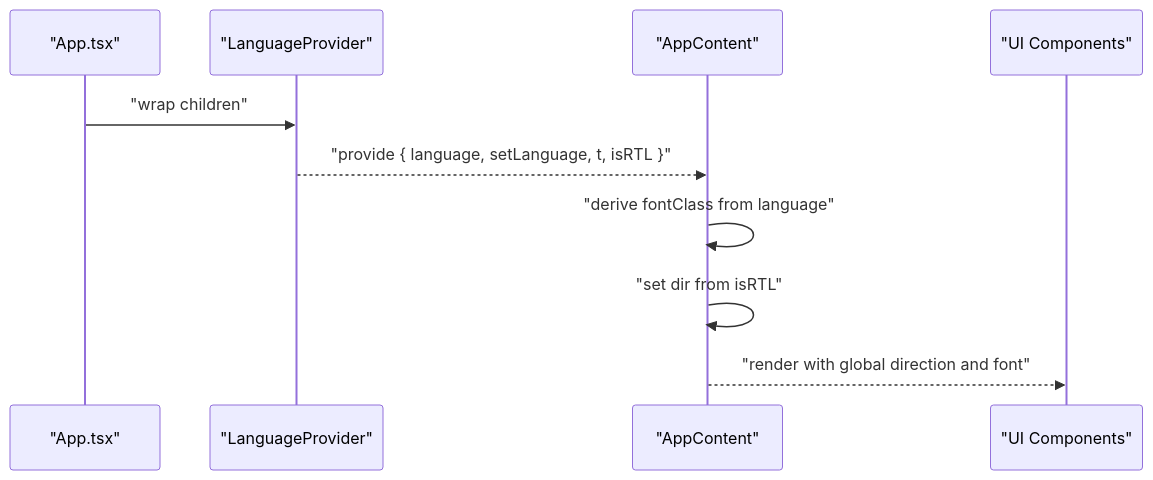
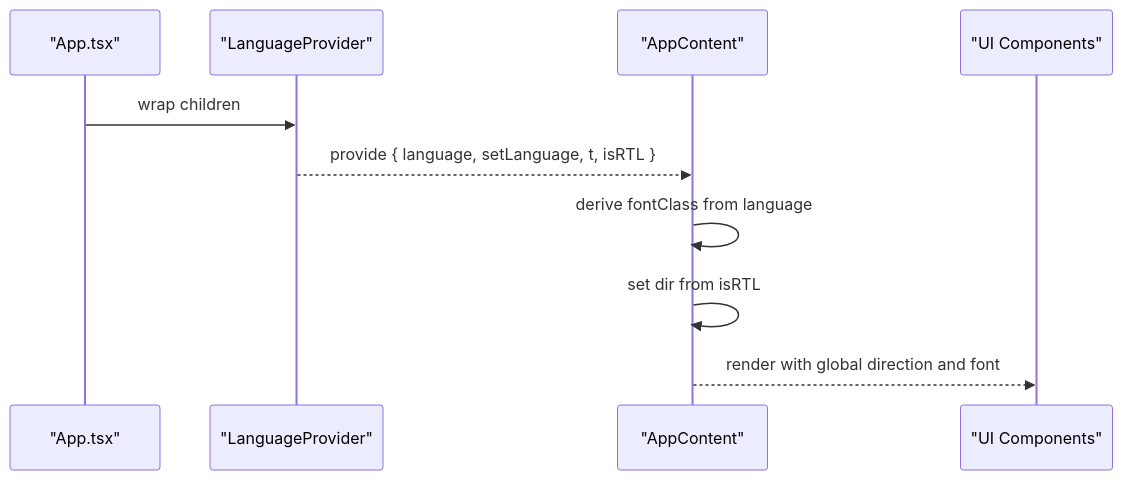
Before and after one commit to mohjak/sc-dof: the fifth of 6 diagrams in .qoder/repowiki/en/content/State Management/Context API Implementation.md, drawn with Mermaid. The commit also changed other lines of this file and 68 other files, not shown here.

First line of the commit message:
docs(docs): update component architecture docs with markdown formatting fixes

````diff
--- a/.qoder/repowiki/en/content/State Management/Context API Implementation.md
+++ b/.qoder/repowiki/en/content/State Management/Context API Implementation.md
@@ -165,12 +163,12 @@
 ```mermaid
 sequenceDiagram
 participant App as "App.tsx"
 participant L as "LanguageProvider"
 participant C as "AppContent"
 participant UI as "UI Components"
-App->>L : "wrap children"
-L-->>C : "provide { language, setLanguage, t, isRTL }"
-C->>C : "derive fontClass from language"
-C->>C : "set dir from isRTL"
-C-->>UI : "render with global direction and font"
+App->>L : wrap children
+L-->>C : provide { language, setLanguage, t, isRTL }
+C->>C : derive fontClass from language
+C->>C : set dir from isRTL
+C-->>UI : render with global direction and font
 ```
````
